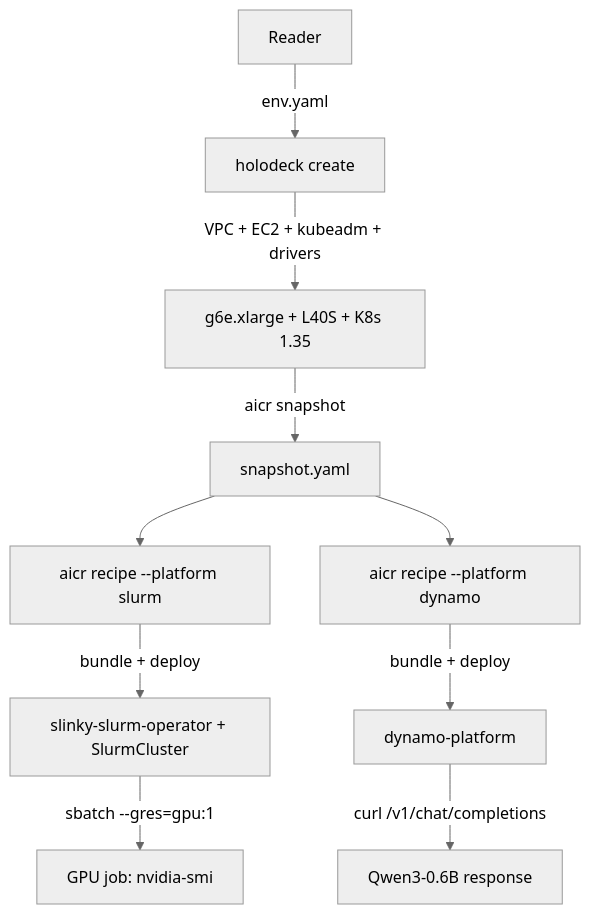
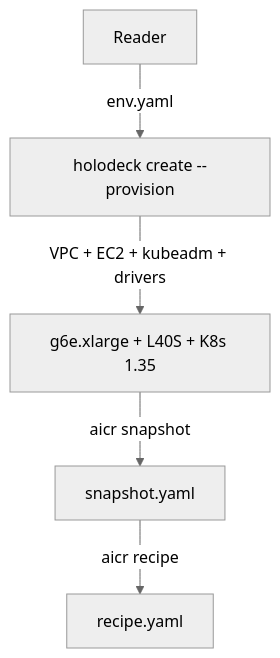
The diagram in docs/guides/aicr-integration.md (NVIDIA/holodeck), drawn with Mermaid (neutral theme) before and after one commit. The commit also changed other lines of this file and 3 other files, not shown here.

First line of the commit message:
docs(guides): reduce aicr-integration v1 to provisioning + recipe preview

````diff
--- a/docs/guides/aicr-integration.md
+++ b/docs/guides/aicr-integration.md
@@ -14,12 +16,7 @@
 ```mermaid
 flowchart TD
-    R[Reader] -->|env.yaml| H[holodeck create]
+    R[Reader] -->|env.yaml| H[holodeck create --provision]
     H -->|VPC + EC2 + kubeadm + drivers| C[g6e.xlarge + L40S + K8s 1.35]
     C -->|aicr snapshot| S[snapshot.yaml]
-    S --> R1[aicr recipe --platform slurm]
-    S --> R2[aicr recipe --platform dynamo]
-    R1 -->|bundle + deploy| K1[slinky-slurm-operator + SlurmCluster]
-    R2 -->|bundle + deploy| K2[dynamo-platform]
-    K1 -->|sbatch --gres=gpu:1| J[GPU job: nvidia-smi]
-    K2 -->|curl /v1/chat/completions| A[Qwen3-0.6B response]
+    S -->|aicr recipe| RX[recipe.yaml]
 ```
````
